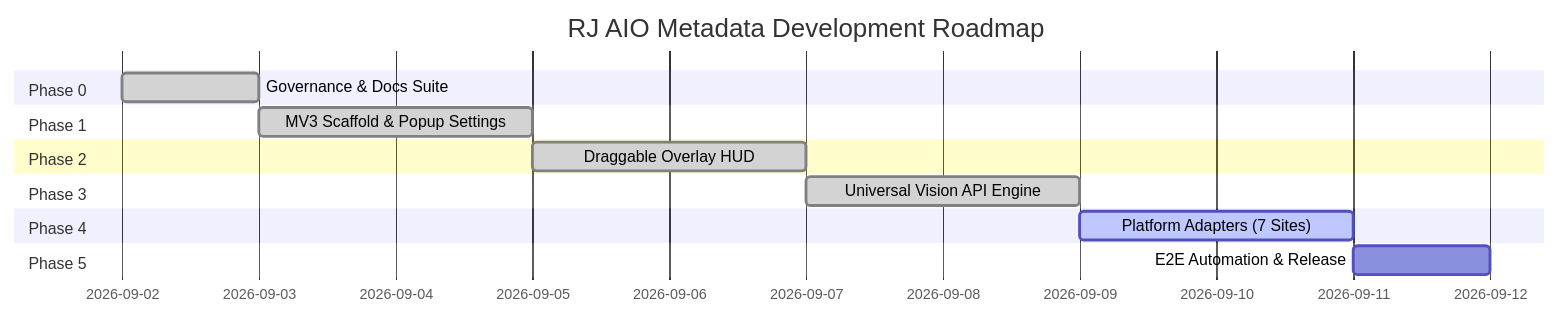
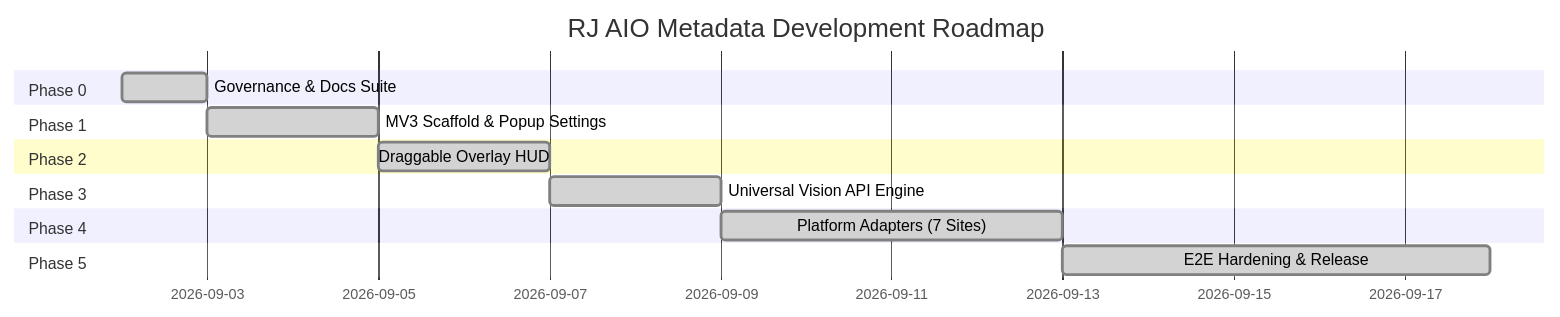
One commit to riiicil/rj-aio-metadata changed the diagram in docs/ROADMAP.md. Above: the diagram before and after it, drawn with Mermaid. The commit also changed other lines of this file and 12 other files, not shown here.

Commit message:
docs(repo): synchronize release documentation, changelog, and roadmap for v0.1.0

````diff
--- a/docs/ROADMAP.md
+++ b/docs/ROADMAP.md
@@ -7,17 +7,17 @@
 ```mermaid
 gantt
     title RJ AIO Metadata Development Roadmap
     dateFormat  YYYY-MM-DD
     section Phase 0
     Governance & Docs Suite       :done, 2026-09-02, 1d
     section Phase 1
     MV3 Scaffold & Popup Settings :done, 2026-09-03, 2d
     section Phase 2
     Draggable Overlay HUD         :done, 2026-09-05, 2d
     section Phase 3
     Universal Vision API Engine   :done, 2026-09-07, 2d
     section Phase 4
-    Platform Adapters (7 Sites)   :active, 2026-09-09, 2d
+    Platform Adapters (7 Sites)   :done, 2026-09-09, 4d
     section Phase 5
-    E2E Automation & Release      :2026-09-11, 1d
+    E2E Hardening & Release       :done, 2026-09-13, 5d
 ```
````
